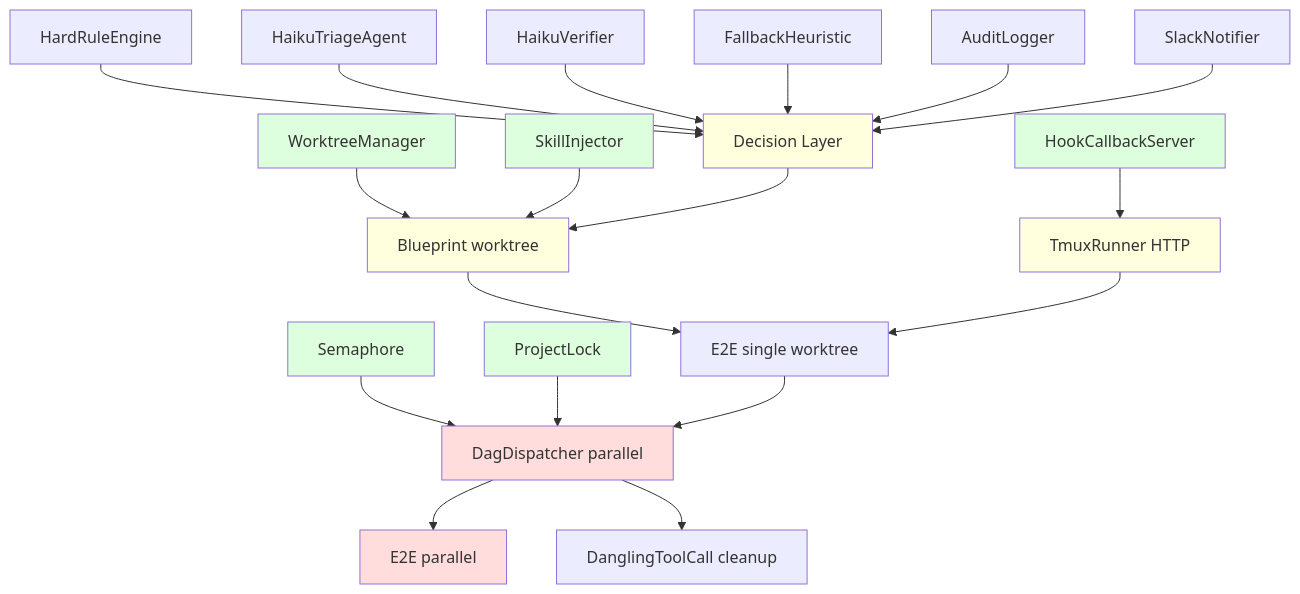
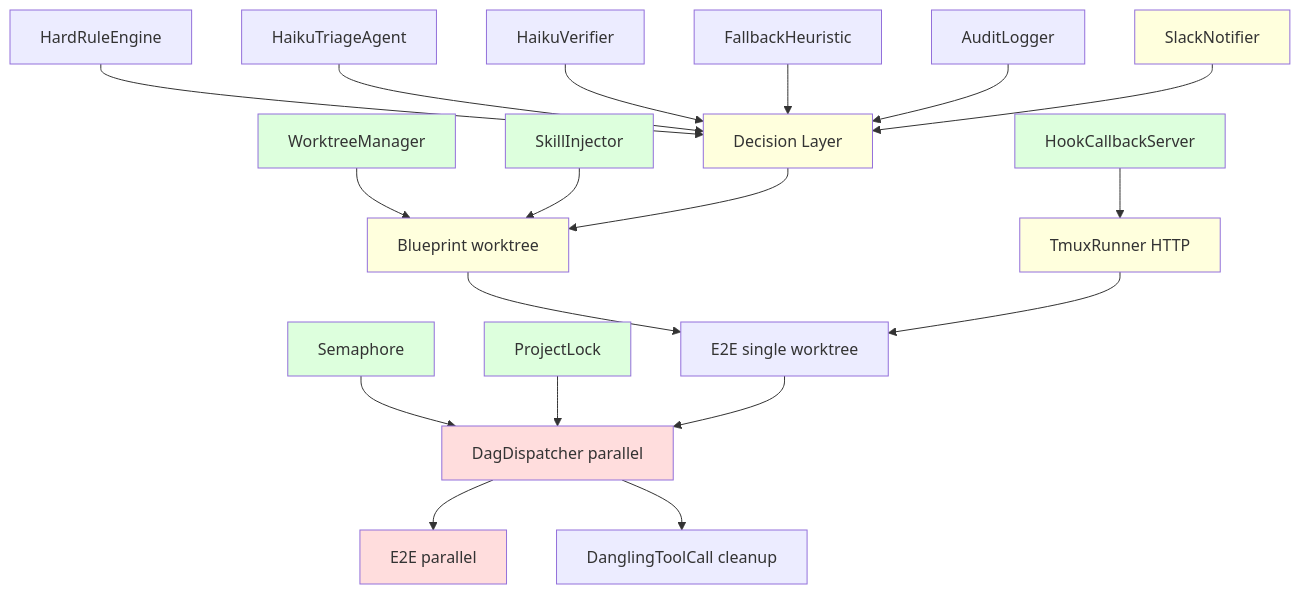
One commit to xrliAnnie/flywheel-qa-sandbox changed the sixth of 6 diagrams in doc/architecture/v0.2-architecture.md. Above: the diagram before and after it, drawn with Mermaid. The commit also changed other lines of this file and 25 other files, not shown here.

````diff
--- a/doc/architecture/v0.2-architecture.md
+++ b/doc/architecture/v0.2-architecture.md
@@ -1792,31 +1858,32 @@
 ```mermaid
 graph TD
     WT[WorktreeManager] --> BP[Blueprint worktree]
     HK[HookCallbackServer] --> TR[TmuxRunner HTTP]
     SEM[Semaphore] --> DD[DagDispatcher parallel]
     PL[ProjectLock] --> DD
     SK[SkillInjector] --> BP
     BP --> E2E1[E2E single worktree]
     TR --> E2E1
     HRE[HardRuleEngine] --> DL[Decision Layer]
     HTA[HaikuTriageAgent] --> DL
     HV[HaikuVerifier] --> DL
     FB[FallbackHeuristic] --> DL
     AL[AuditLogger] --> DL
     SN[SlackNotifier] --> DL
     DL --> BP
     E2E1 --> DD
     DD --> E2EP[E2E parallel]
     DD --> DC[DanglingToolCall cleanup]
 
     style WT fill:#dfd
     style HK fill:#dfd
     style SEM fill:#dfd
     style PL fill:#dfd
     style SK fill:#dfd
     style BP fill:#ffd
     style TR fill:#ffd
     style DL fill:#ffd
+    style SN fill:#ffd
     style DD fill:#fdd
     style E2EP fill:#fdd
 ```
````
